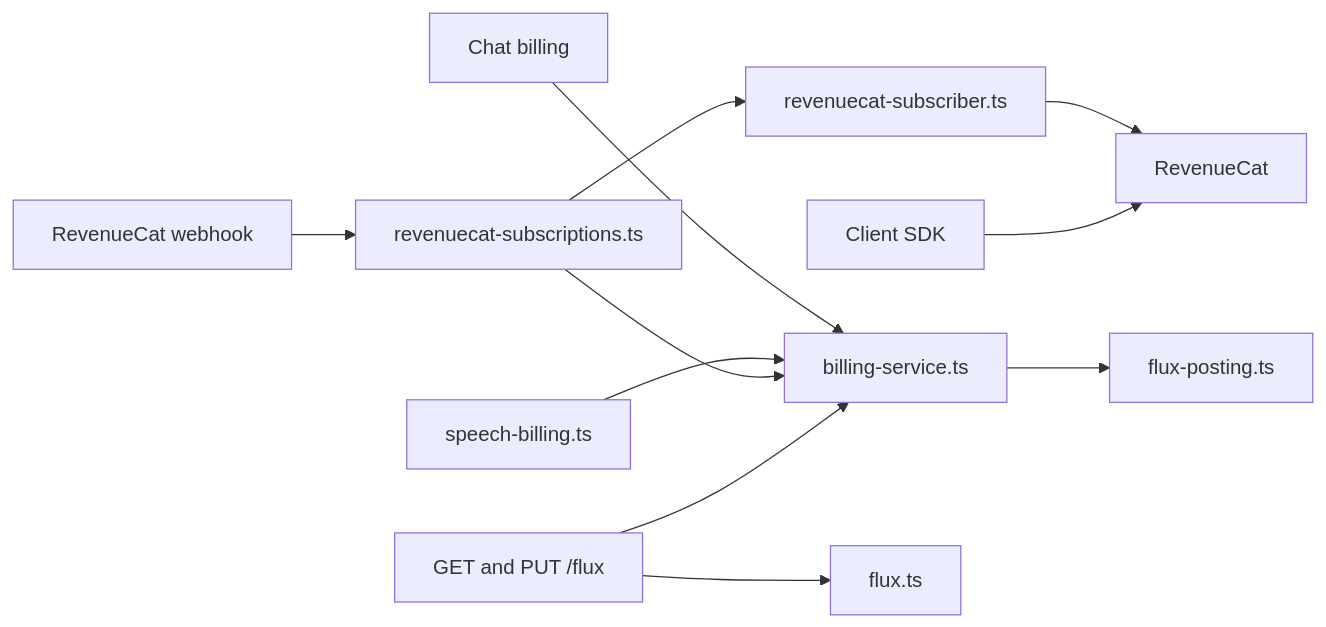
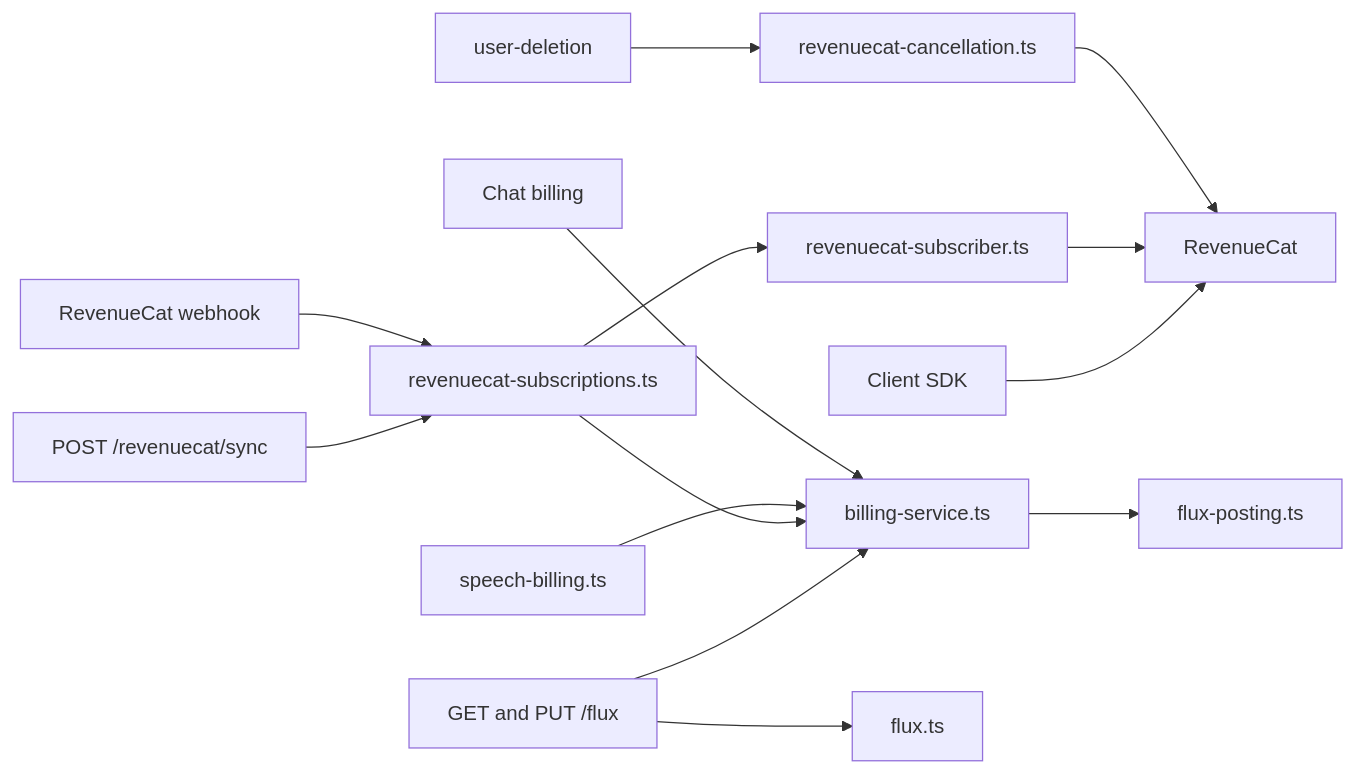
One commit to moeru-ai/airi changed the first of 2 diagrams in server/docs/ai/adr/2026-10-04-subscription-credits.md. Above: the diagram before and after it, drawn with Mermaid. The commit also changed other lines of this file and 9 other files, not shown here.

First line of the commit message:
feat(api,stage-ui): sync the Capacitor on request and cancel it on account deletion

````diff
--- a/server/docs/ai/adr/2026-10-04-subscription-credits.md
+++ b/server/docs/ai/adr/2026-10-04-subscription-credits.md
@@ -147,13 +167,16 @@
 ```mermaid
 flowchart LR
   Chat[Chat billing] --> Billing[billing-service.ts]
   Speech[speech-billing.ts] --> Billing
   Billing --> Posting[flux-posting.ts]
   Webhook[RevenueCat webhook] --> Sync["revenuecat-subscriptions.ts"]
+  SyncRoute["POST /revenuecat/sync"] --> Sync
+  Deletion[user-deletion] --> Cancel["revenuecat-cancellation.ts"]
+  Cancel --> RC
   Sync --> Reader["revenuecat-subscriber.ts"]
   Reader --> RC[RevenueCat]
   Sync --> Billing
   Client[Client SDK] --> RC
   FluxRoute["GET and PUT /flux"] --> Billing
   FluxRoute --> FluxService[flux.ts]
 ```
````
